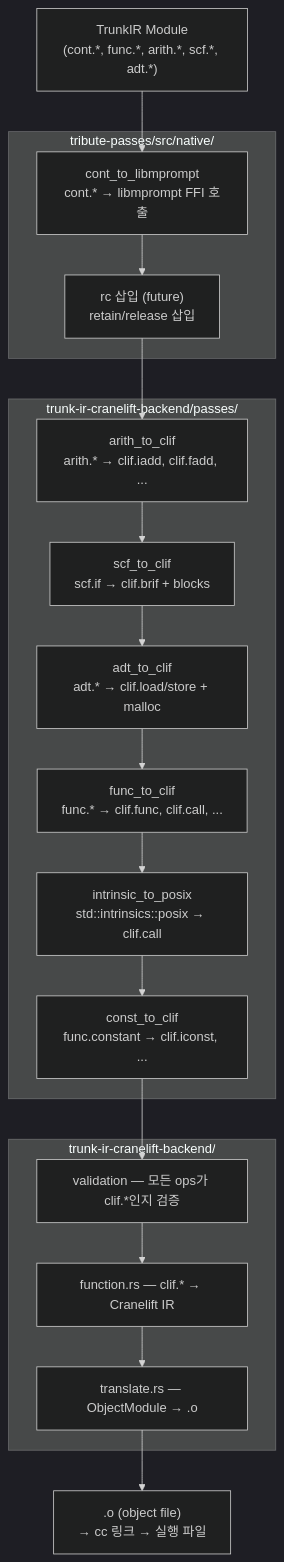
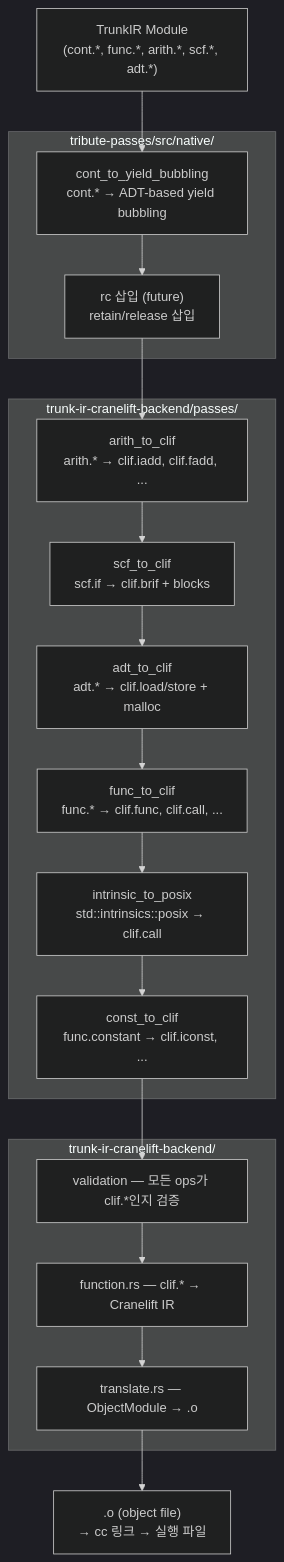
One commit to Kroisse/tribute changed the second of 2 diagrams in new-plans/cranelift-backend.md. Above: the diagram before and after it, drawn with Mermaid (dark theme). The commit also changed other lines of this file and 3 other files, not shown here.

````diff
--- a/new-plans/cranelift-backend.md
+++ b/new-plans/cranelift-backend.md
@@ -60,30 +60,30 @@
 ```mermaid
 flowchart TB
     input["TrunkIR Module\n(cont.*, func.*, arith.*, scf.*, adt.*)"]
 
     subgraph native_passes["tribute-passes/src/native/"]
-        cont["cont_to_libmprompt\ncont.* → libmprompt FFI 호출"]
+        cont["cont_to_yield_bubbling\ncont.* → ADT-based yield bubbling"]
         rc_pass["rc 삽입 (future)\nretain/release 삽입"]
     end
 
     subgraph clif_passes["trunk-ir-cranelift-backend/passes/"]
         arith["arith_to_clif\narith.* → clif.iadd, clif.fadd, ..."]
         scf["scf_to_clif\nscf.if → clif.brif + blocks"]
         adt["adt_to_clif\nadt.* → clif.load/store + malloc"]
         func["func_to_clif\nfunc.* → clif.func, clif.call, ..."]
         intrinsic["intrinsic_to_posix\nstd::intrinsics::posix → clif.call"]
         const_pass["const_to_clif\nfunc.constant → clif.iconst, ..."]
     end
 
     subgraph emit["trunk-ir-cranelift-backend/"]
         validate["validation — 모든 ops가 clif.*인지 검증"]
         codegen["function.rs — clif.* → Cranelift IR"]
         obj["translate.rs — ObjectModule → .o"]
     end
 
     output[".o (object file)\n→ cc 링크 → 실행 파일"]
 
     input --> cont --> rc_pass
     rc_pass --> arith --> scf --> adt --> func --> intrinsic --> const_pass
     const_pass --> validate --> codegen --> obj --> output
 ```
````
